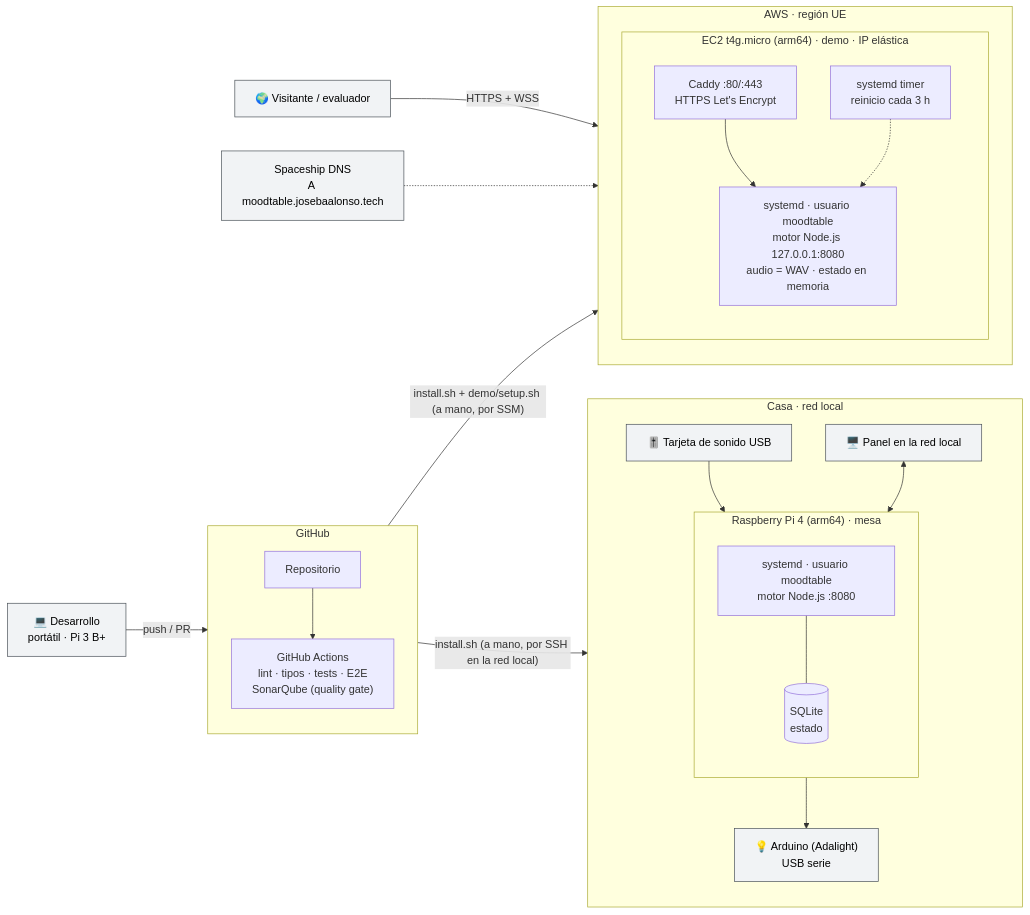
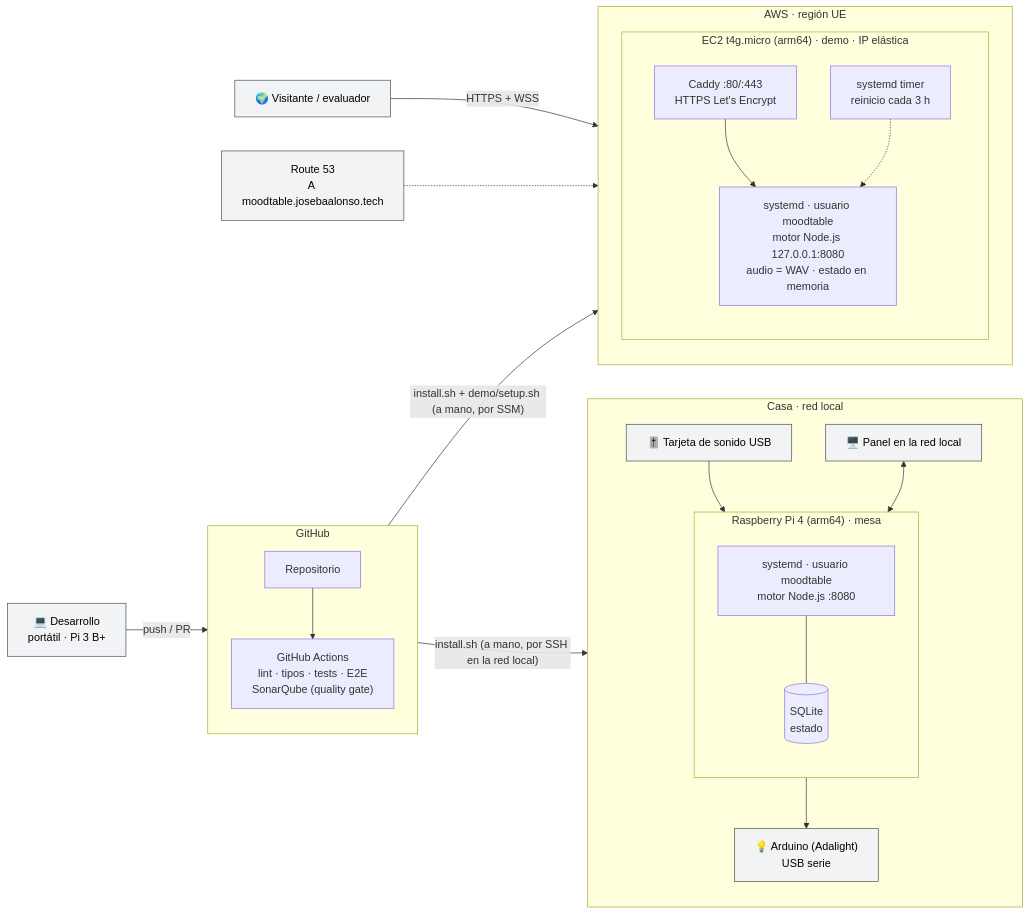
One commit to 7daysofrain/mood-table-v2 changed the third of 4 diagrams in readme.md. Above: the diagram before and after it, drawn with Mermaid. The commit also changed other lines of this file and 1 other file, not shown here.

````diff
--- a/readme.md
+++ b/readme.md
@@ -519,51 +519,51 @@
 ```mermaid
 flowchart LR
   dev["💻 Desarrollo<br/>portátil · Pi 3 B+"]
 
   subgraph gh["GitHub"]
     direction TB
     repo["Repositorio"]
     ci["GitHub Actions<br/>lint · tipos · tests · E2E<br/>SonarQube (quality gate)"]
     repo --> ci
   end
 
   subgraph home["Casa · red local"]
     direction TB
     subgraph pi["Raspberry Pi 4 (arm64) · mesa"]
       direction TB
       svcPi["systemd · usuario moodtable<br/>motor Node.js :8080"]
       db[("SQLite<br/>estado")]
       svcPi --- db
     end
     lb["💡 Arduino (Adalight)<br/>USB serie"]
     snd["🎚️ Tarjeta de sonido USB"]
     lan["🖥️ Panel en la red local"]
     svcPi --> lb
     snd --> svcPi
     lan <--> svcPi
   end
 
   subgraph aws["AWS · región UE"]
     direction TB
     subgraph ec2["EC2 t4g.micro (arm64) · demo · IP elástica"]
       direction TB
       caddy["Caddy :80/:443<br/>HTTPS Let's Encrypt"]
       svcDemo["systemd · usuario moodtable<br/>motor Node.js 127.0.0.1:8080<br/>audio = WAV · estado en memoria"]
       timer["systemd timer<br/>reinicio cada 3 h"]
       caddy --> svcDemo
       timer -.-> svcDemo
     end
   end
 
-  dns["Spaceship DNS<br/>A moodtable.josebaalonso.tech"]
+  dns["Route 53<br/>A moodtable.josebaalonso.tech"]
   visitor["🌍 Visitante / evaluador"]
 
   dev -- "push / PR" --> repo
   repo -- "install.sh (a mano, por SSH en la red local)" --> svcPi
   repo -- "install.sh + demo/setup.sh (a mano, por SSM)" --> svcDemo
   visitor -- "HTTPS + WSS" --> caddy
   dns -.-> caddy
 
   classDef ext fill:#f1f3f5,stroke:#495057,color:#000
   class dev,visitor,dns,lb,snd,lan ext
 ```
````
